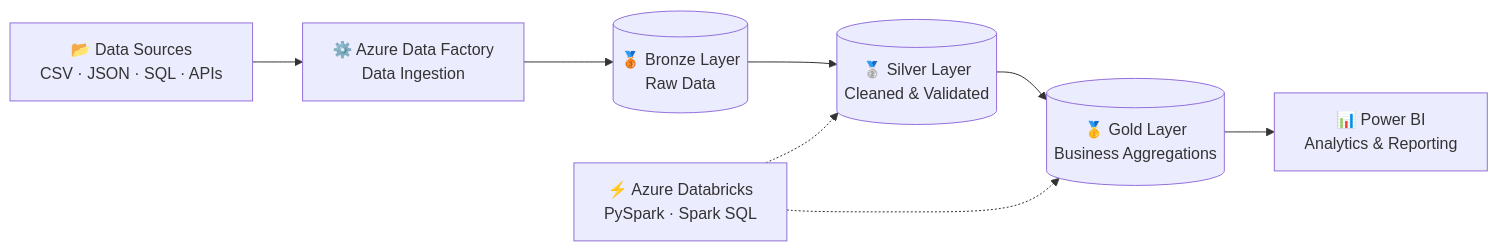
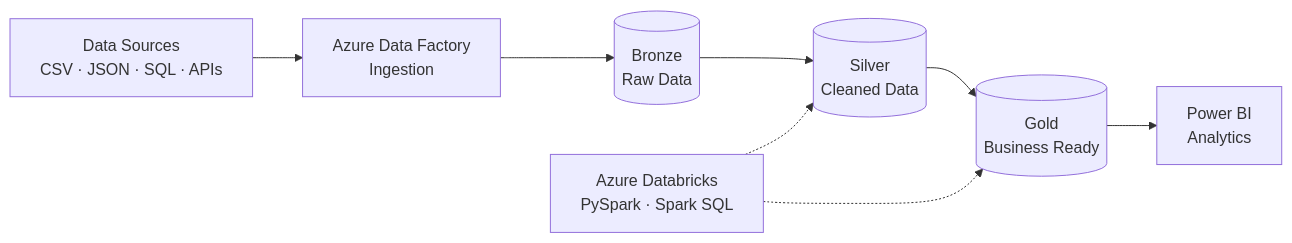
One commit to diptarupdasgit/diptarupdasgit changed the second of 2 diagrams in README.md. Above: the diagram before and after it, drawn with Mermaid. The commit also changed other lines of this file, not shown here.

````diff
--- a/README.md
+++ b/README.md
@@ -88,19 +187,14 @@
 ```mermaid
 flowchart LR
-    A["📂 Data Sources<br/>CSV · JSON · SQL · APIs"]
-    B["⚙️ Azure Data Factory<br/>Data Ingestion"]
-    C[("🥉 Bronze Layer<br/>Raw Data")]
-    D[("🥈 Silver Layer<br/>Cleaned & Validated")]
-    E[("🥇 Gold Layer<br/>Business Aggregations")]
-    F["📊 Power BI<br/>Analytics & Reporting"]
+    A["Data Sources<br/>CSV · JSON · SQL · APIs"]
+    B["Azure Data Factory<br/>Ingestion"]
+    C[("Bronze<br/>Raw Data")]
+    D[("Silver<br/>Cleaned Data")]
+    E[("Gold<br/>Business Ready")]
+    F["Power BI<br/>Analytics"]
 
-    A --> B
-    B --> C
-    C --> D
-    D --> E
-    E --> F
-
-    G["⚡ Azure Databricks<br/>PySpark · Spark SQL"]
+    A --> B --> C --> D --> E --> F
+    G["Azure Databricks<br/>PySpark · Spark SQL"]
     G -.-> D
     G -.-> E
 ```
````
